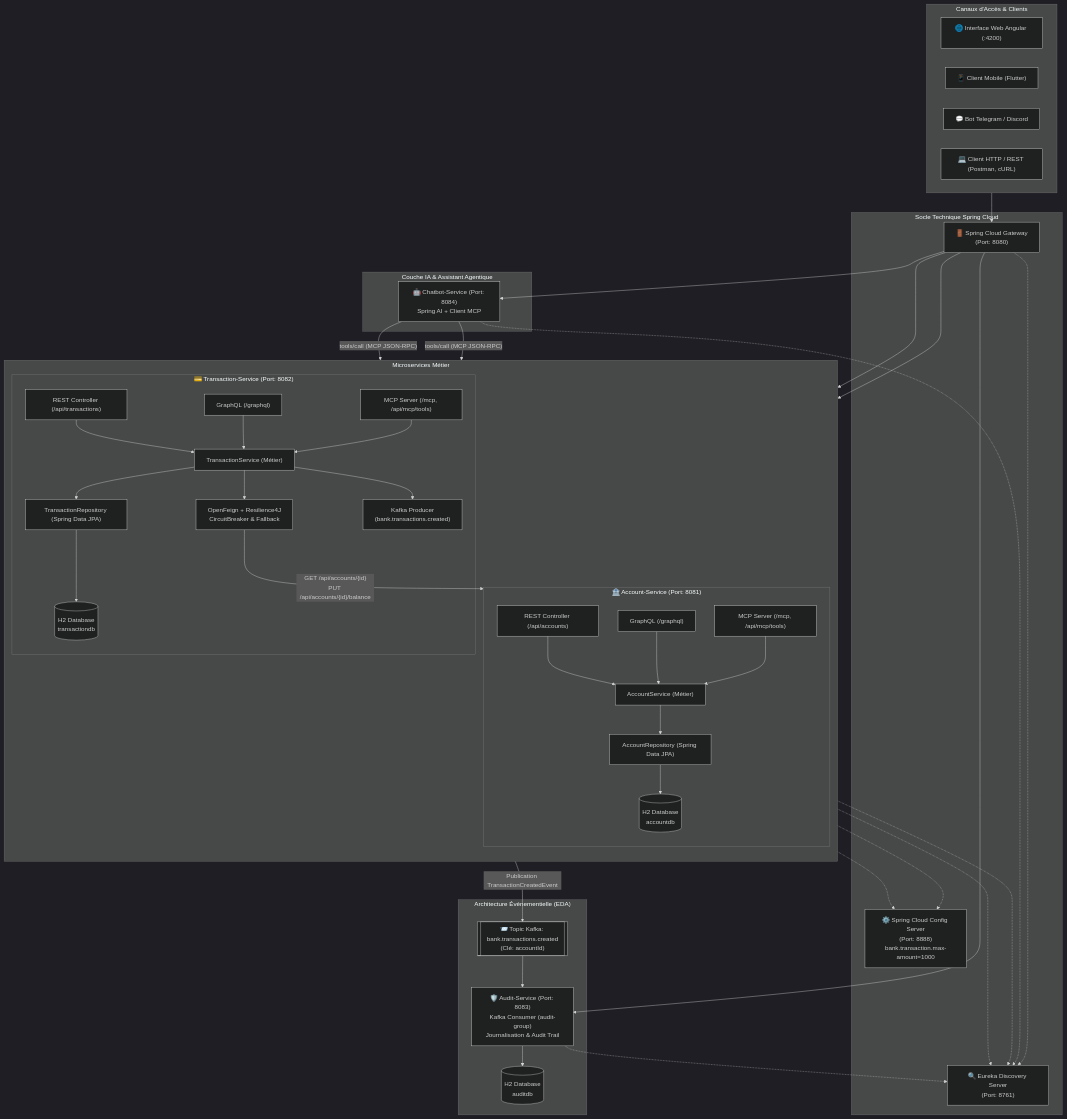
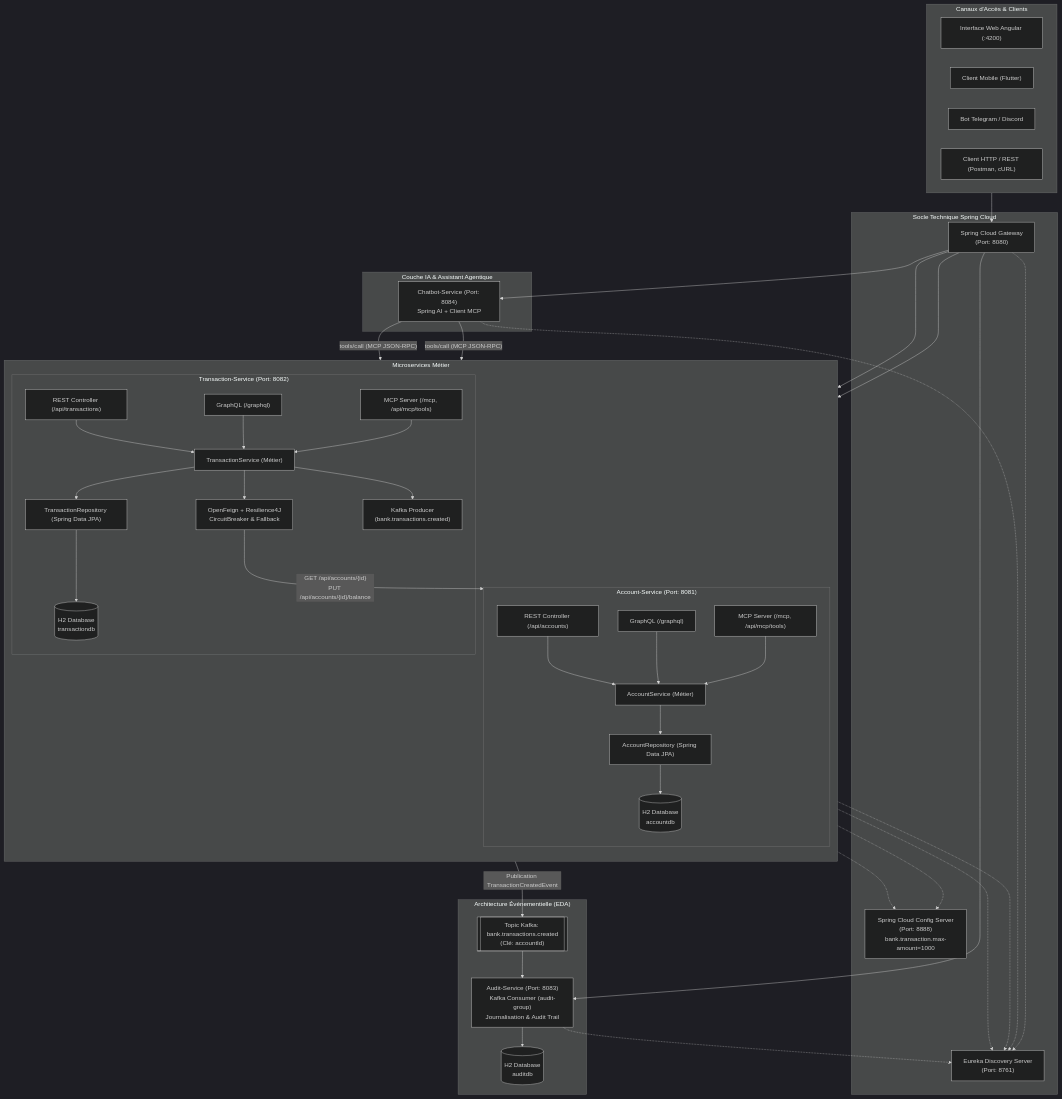
Before and after one commit to ImaneMekkaoui1/Mekkaoui-Imane-test-adria-pfe-27: the first of 2 diagrams in README.md, drawn with Mermaid (dark theme). The commit also changed other lines of this file and 17 other files, not shown here.

````diff
--- a/README.md
+++ b/README.md
@@ -52,91 +55,91 @@
 ```mermaid
 flowchart TB
-    subgraph Clients["Canaux d'Accès & Clients"]
-        WEB["🌐 Interface Web Angular (:4200)"]
-        MOB["📱 Client Mobile (Flutter)"]
-        TG["💬 Bot Telegram / Discord"]
-        REST_CLI["💻 Client HTTP / REST (Postman, cURL)"]
-    end
+ subgraph Clients["Canaux d'Accès & Clients"]
+ WEB[" Interface Web Angular (:4200)"]
+ MOB[" Client Mobile (Flutter)"]
+ TG[" Bot Telegram / Discord"]
+ REST_CLI[" Client HTTP / REST (Postman, cURL)"]
+ end
 
-    subgraph Tech_Layer["Socle Technique Spring Cloud"]
-        GW["🚪 Spring Cloud Gateway\n(Port: 8080)"]
-        EUR["🔍 Eureka Discovery Server\n(Port: 8761)"]
-        CONF["⚙️ Spring Cloud Config Server\n(Port: 8888)\nbank.transaction.max-amount=1000"]
-    end
+ subgraph Tech_Layer["Socle Technique Spring Cloud"]
+ GW[" Spring Cloud Gateway\n(Port: 8080)"]
+ EUR[" Eureka Discovery Server\n(Port: 8761)"]
+ CONF[" Spring Cloud Config Server\n(Port: 8888)\nbank.transaction.max-amount=1000"]
+ end
 
-    subgraph AI_Layer["Couche IA & Assistant Agentique"]
-        CHAT["🤖 Chatbot-Service (Port: 8084)\nSpring AI + Client MCP"]
-    end
+ subgraph AI_Layer["Couche IA & Assistant Agentique"]
+ CHAT[" Chatbot-Service (Port: 8084)\nSpring AI + Client MCP"]
+ end
 
-    subgraph Business_Layer["Microservices Métier"]
-        direction TB
-        subgraph ACC_SRV["🏦 Account-Service (Port: 8081)"]
-            ACC_REST["REST Controller (/api/accounts)"]
-            ACC_GQL["GraphQL (/graphql)"]
-            ACC_MCP["MCP Server (/mcp, /api/mcp/tools)"]
-            ACC_SERVICE["AccountService (Métier)"]
-            ACC_REPO["AccountRepository (Spring Data JPA)"]
-            ACC_DB[("H2 Database\naccountdb")]
+ subgraph Business_Layer["Microservices Métier"]
+ direction TB
+ subgraph ACC_SRV[" Account-Service (Port: 8081)"]
+ ACC_REST["REST Controller (/api/accounts)"]
+ ACC_GQL["GraphQL (/graphql)"]
+ ACC_MCP["MCP Server (/mcp, /api/mcp/tools)"]
+ ACC_SERVICE["AccountService (Métier)"]
+ ACC_REPO["AccountRepository (Spring Data JPA)"]
+ ACC_DB[("H2 Database\naccountdb")]
 
-            ACC_REST --> ACC_SERVICE
-            ACC_GQL --> ACC_SERVICE
-            ACC_MCP --> ACC_SERVICE
-            ACC_SERVICE --> ACC_REPO
-            ACC_REPO --> ACC_DB
-        end
+ ACC_REST --> ACC_SERVICE
+ ACC_GQL --> ACC_SERVICE
+ ACC_MCP --> ACC_SERVICE
+ ACC_SERVICE --> ACC_REPO
+ ACC_REPO --> ACC_DB
+ end
 
-        subgraph TX_SRV["💳 Transaction-Service (Port: 8082)"]
-            TX_REST["REST Controller (/api/transactions)"]
-            TX_GQL["GraphQL (/graphql)"]
-            TX_MCP["MCP Server (/mcp, /api/mcp/tools)"]
-            TX_SERVICE["TransactionService (Métier)"]
-            TX_FEIGN["OpenFeign + Resilience4J\nCircuitBreaker & Fallback"]
-            TX_KAFKA_PROD["Kafka Producer\n(bank.transactions.created)"]
-            TX_REPO["TransactionRepository (Spring Data JPA)"]
-            TX_DB[("H2 Database\ntransactiondb")]
+ subgraph TX_SRV[" Transaction-Service (Port: 8082)"]
+ TX_REST["REST Controller (/api/transactions)"]
+ TX_GQL["GraphQL (/graphql)"]
+ TX_MCP["MCP Server (/mcp, /api/mcp/tools)"]
+ TX_SERVICE["TransactionService (Métier)"]
+ TX_FEIGN["OpenFeign + Resilience4J\nCircuitBreaker & Fallback"]
+ TX_KAFKA_PROD["Kafka Producer\n(bank.transactions.created)"]
+ TX_REPO["TransactionRepository (Spring Data JPA)"]
+ TX_DB[("H2 Database\ntransactiondb")]
 
-            TX_REST --> TX_SERVICE
-            TX_GQL --> TX_SERVICE
-            TX_MCP --> TX_SERVICE
-            TX_SERVICE --> TX_REPO
-            TX_REPO --> TX_DB
-            TX_SERVICE --> TX_FEIGN
-            TX_SERVICE --> TX_KAFKA_PROD
-        end
-    end
+ TX_REST --> TX_SERVICE
+ TX_GQL --> TX_SERVICE
+ TX_MCP --> TX_SERVICE
+ TX_SERVICE --> TX_REPO
+ TX_REPO --> TX_DB
+ TX_SERVICE --> TX_FEIGN
+ TX_SERVICE --> TX_KAFKA_PROD
+ end
+ end
 
-    subgraph Kafka_Layer["Architecture Événementielle (EDA)"]
-        TOPIC[["📨 Topic Kafka: bank.transactions.created\n(Clé: accountId)"]]
-        AUDIT_SRV["🛡️ Audit-Service (Port: 8083)\nKafka Consumer (audit-group)\nJournalisation & Audit Trail"]
-        AUDIT_DB[("H2 Database\nauditdb")]
-    end
+ subgraph Kafka_Layer["Architecture Événementielle (EDA)"]
+ TOPIC[[" Topic Kafka: bank.transactions.created\n(Clé: accountId)"]]
+ AUDIT_SRV[" Audit-Service (Port: 8083)\nKafka Consumer (audit-group)\nJournalisation & Audit Trail"]
+ AUDIT_DB[("H2 Database\nauditdb")]
+ end
 
-    %% Flux réseau
-    Clients --> GW
-    GW --> ACC_SRV
-    GW --> TX_SRV
-    GW --> CHAT
-    GW --> AUDIT_SRV
+ %% Flux réseau
+ Clients --> GW
+ GW --> ACC_SRV
+ GW --> TX_SRV
+ GW --> CHAT
+ GW --> AUDIT_SRV
 
-    %% Découverte & Configuration
-    ACC_SRV -.-> EUR
-    TX_SRV -.-> EUR
-    GW -.-> EUR
-    CHAT -.-> EUR
-    AUDIT_SRV -.-> EUR
+ %% Découverte & Configuration
+ ACC_SRV -.-> EUR
+ TX_SRV -.-> EUR
+ GW -.-> EUR
+ CHAT -.-> EUR
+ AUDIT_SRV -.-> EUR
 
-    ACC_SRV -.-> CONF
-    TX_SRV -.-> CONF
+ ACC_SRV -.-> CONF
+ TX_SRV -.-> CONF
 
-    %% Communication inter-microservices
-    TX_FEIGN -- "GET /api/accounts/{id}\nPUT /api/accounts/{id}/balance" --> ACC_SRV
+ %% Communication inter-microservices
+ TX_FEIGN -- "GET /api/accounts/{id}\nPUT /api/accounts/{id}/balance" --> ACC_SRV
 
-    %% Appels MCP depuis l'Agent IA
-    CHAT -- "tools/call (MCP JSON-RPC)" --> ACC_MCP
-    CHAT -- "tools/call (MCP JSON-RPC)" --> TX_MCP
+ %% Appels MCP depuis l'Agent IA
+ CHAT -- "tools/call (MCP JSON-RPC)" --> ACC_MCP
+ CHAT -- "tools/call (MCP JSON-RPC)" --> TX_MCP
 
-    %% Streaming d'événements
-    TX_KAFKA_PROD -- "Publication TransactionCreatedEvent" --> TOPIC
-    TOPIC --> AUDIT_SRV
-    AUDIT_SRV --> AUDIT_DB
+ %% Streaming d'événements
+ TX_KAFKA_PROD -- "Publication TransactionCreatedEvent" --> TOPIC
+ TOPIC --> AUDIT_SRV
+ AUDIT_SRV --> AUDIT_DB
 ```
````
